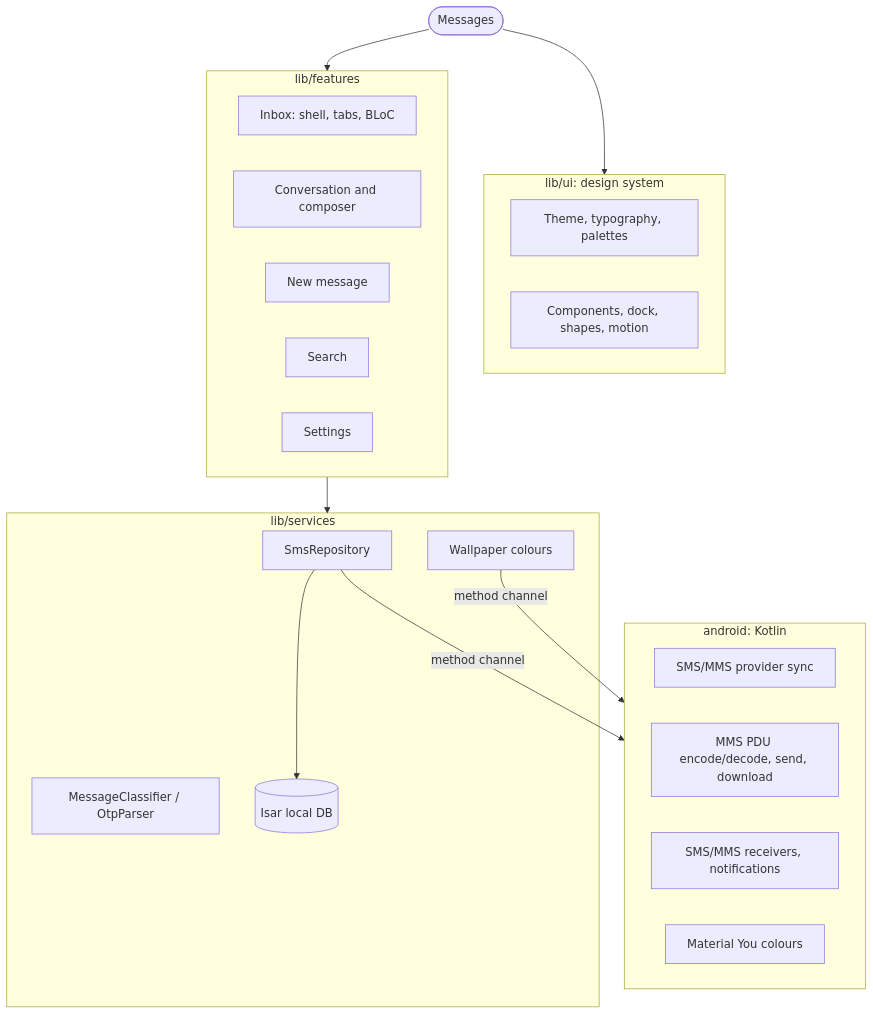
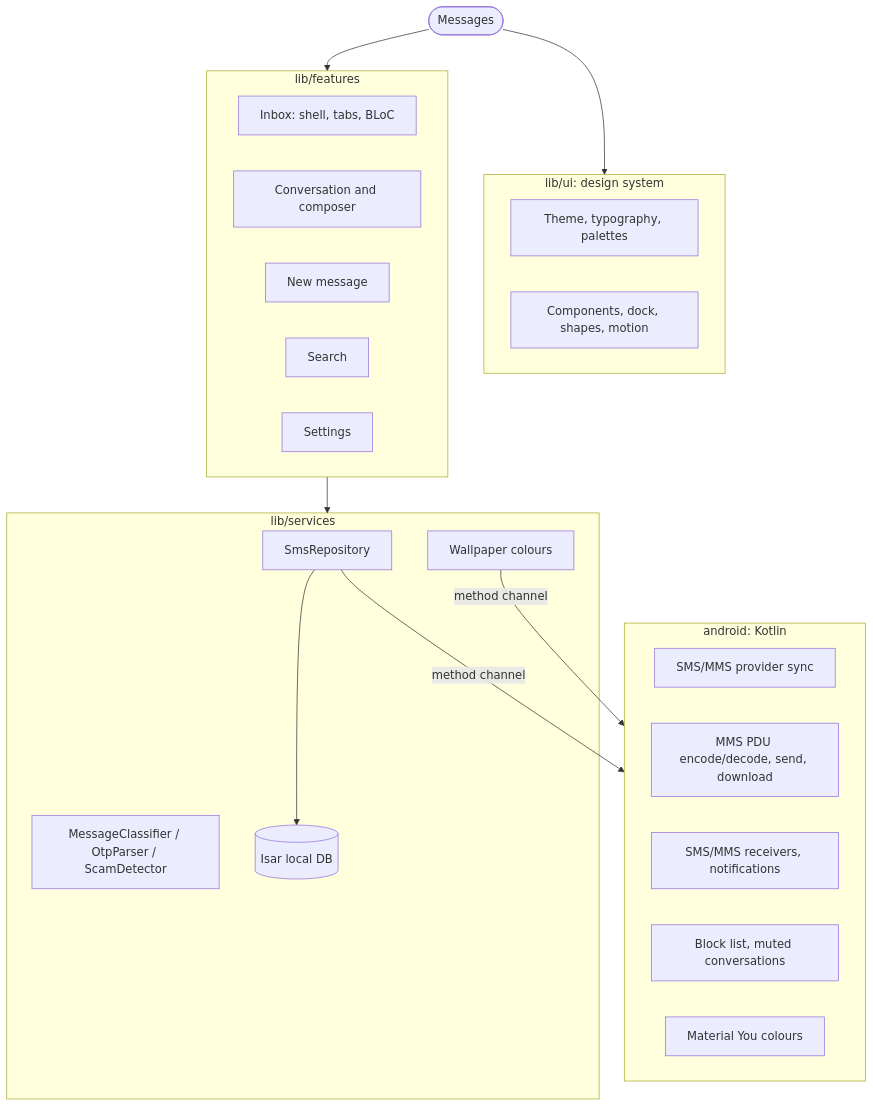
Before and after one commit to Najeer-k11/Messages-FlutterApp: the diagram in README.md, drawn with Mermaid. The commit also changed other lines of this file and 27 other files, not shown here.

First line of the commit message:
feat: add Blocked Numbers screen and Scam Detector service

````diff
--- a/README.md
+++ b/README.md
@@ -72,37 +94,38 @@
 ```mermaid
 graph TD
     App([Messages]) --> Features
     App --> UI
     Features --> Services
 
     subgraph UI [lib/ui: design system]
         Theme[Theme, typography, palettes]
         Components[Components, dock, shapes, motion]
     end
 
     subgraph Features [lib/features]
         Inbox[Inbox: shell, tabs, BLoC]
         Conversation[Conversation and composer]
         Compose[New message]
         Search[Search]
         Settings[Settings]
     end
 
     subgraph Services [lib/services]
         SmsRepo[SmsRepository]
-        Classifier[MessageClassifier / OtpParser]
+        Classifier[MessageClassifier / OtpParser / ScamDetector]
         Wallpaper[Wallpaper colours]
         Isar[(Isar local DB)]
     end
 
     SmsRepo --> Isar
     SmsRepo -- method channel --> Native
     Wallpaper -- method channel --> Native
 
     subgraph Native [android: Kotlin]
         Provider[SMS/MMS provider sync]
         Mms[MMS PDU encode/decode, send, download]
         Receivers[SMS/MMS receivers, notifications]
+        Block[Block list, muted conversations]
         Colors[Material You colours]
     end
 ```
````
